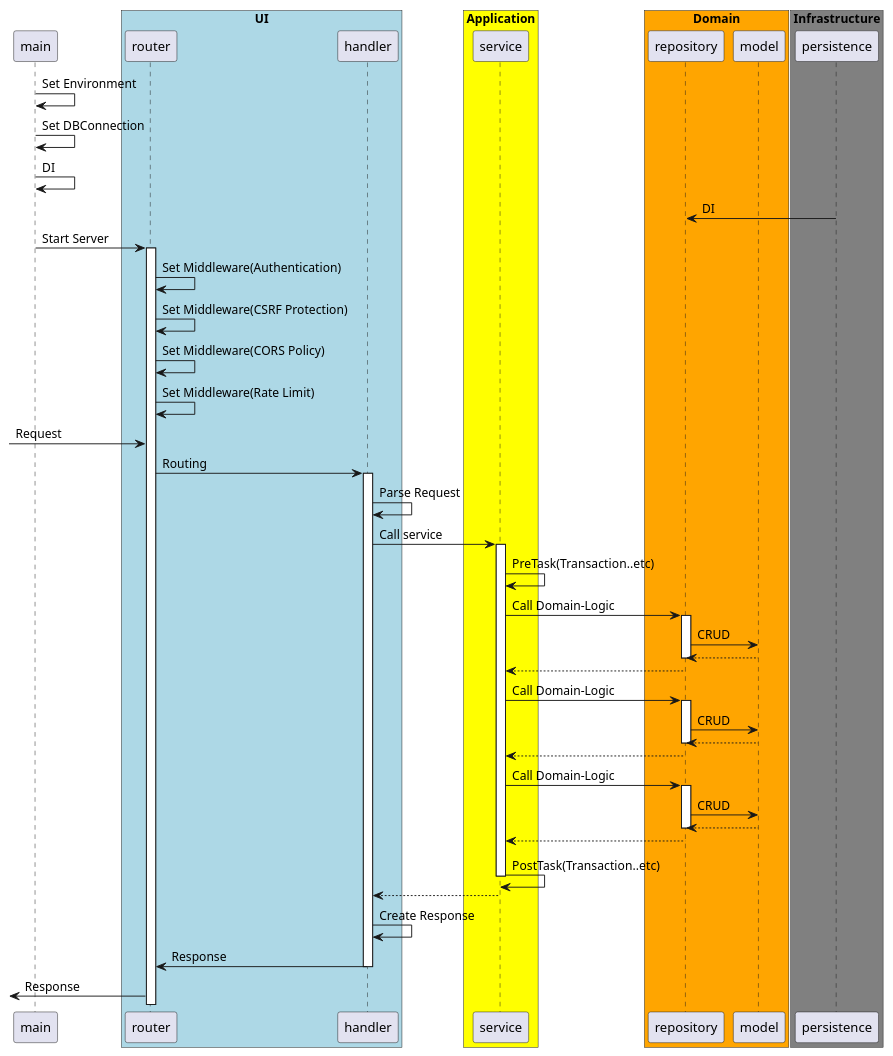
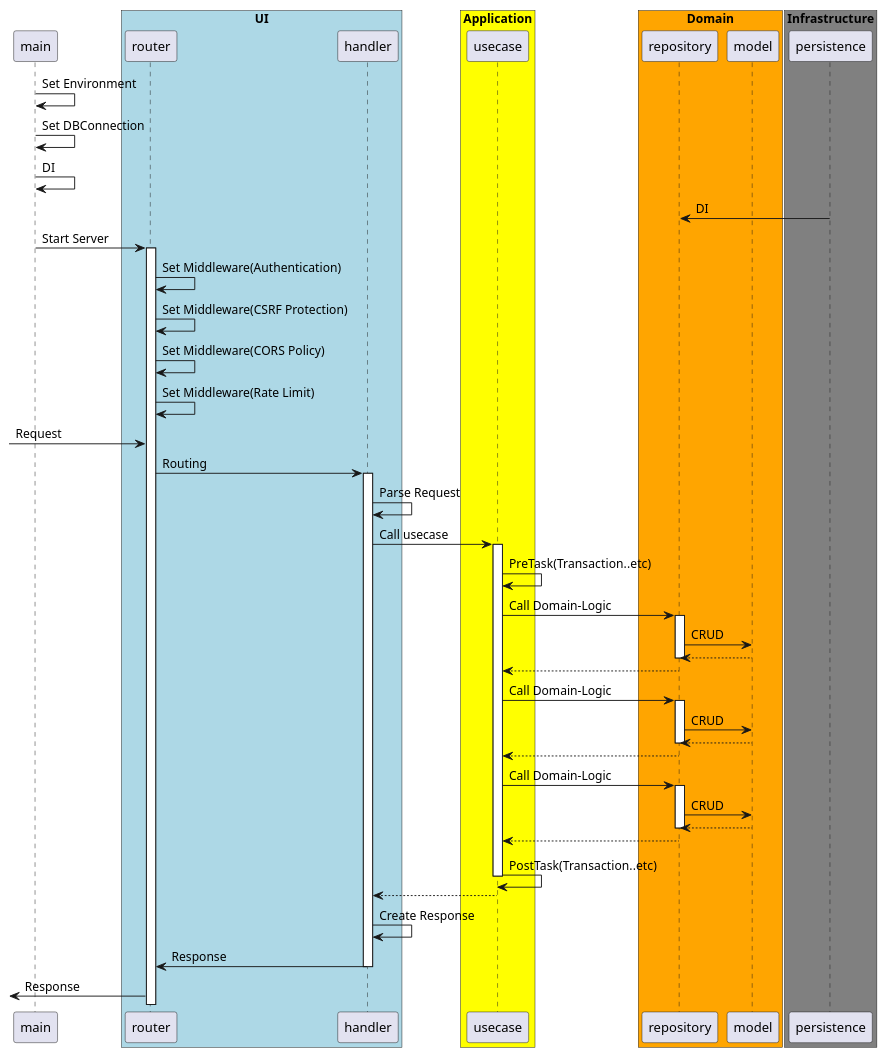
The diagram in docs/sequence.pu (oshou/AwesomeMusic-api), drawn with PlantUML before and after one commit. The commit also changed 38 other files, not shown here.

```diff
--- a/docs/sequence.pu
+++ b/docs/sequence.pu
@@ -2,60 +2,60 @@
 @startuml
 participant main
 box "UI" #LightBlue
   participant router
   participant handler
 end box
 box "Application" #Yellow
-  participant service
+  participant usecase
 end box
 box "Domain" #Orange
   participant repository
   participant model
 end box
 box "Infrastructure" #Gray
   participant persistence
 end box
 
 main -> main: Set Environment
 main -> main: Set DBConnection
 main -> main: DI
 persistence -> repository: DI
 main -> router: Start Server
 activate router
 router -> router: Set Middleware(Authentication)
 router -> router: Set Middleware(CSRF Protection)
 router -> router: Set Middleware(CORS Policy)
 router -> router: Set Middleware(Rate Limit)
 [-> router : Request
 router -> handler: Routing
 activate handler
 handler -> handler: Parse Request
-handler -> service: Call service
-activate service
-service -> service: PreTask(Transaction..etc)
-service -> repository: Call Domain-Logic
+handler -> usecase: Call usecase
+activate usecase
+usecase -> usecase: PreTask(Transaction..etc)
+usecase -> repository: Call Domain-Logic
 activate repository
 repository -> model: CRUD
 repository <-- model:
 deactivate repository
-service <-- repository:
-service -> repository: Call Domain-Logic
+usecase <-- repository:
+usecase -> repository: Call Domain-Logic
 activate repository
 repository -> model: CRUD
 repository <-- model:
 deactivate repository
-service <-- repository:
-service -> repository: Call Domain-Logic
+usecase <-- repository:
+usecase -> repository: Call Domain-Logic
 activate repository
 repository -> model: CRUD
 repository <-- model:
 deactivate repository
-service <-- repository:
-service -> service: PostTask(Transaction..etc)
-deactivate service
-handler <-- service:
+usecase <-- repository:
+usecase -> usecase: PostTask(Transaction..etc)
+deactivate usecase
+handler <-- usecase:
 handler -> handler: Create Response
 router <- handler: Response
 deactivate handler
 [<- router: Response
 @enduml
```
